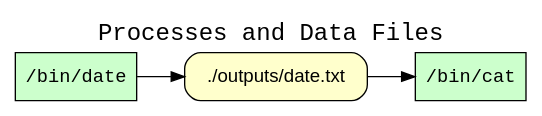
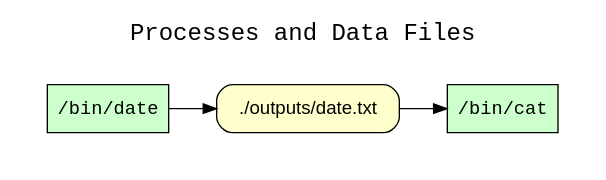
Before and after one commit to CIRSS/cpr: the diagram in examples/04-date-to-file/graphs/wt_processes_and_data_files.dot, drawn with Graphviz. The commit also changed 15 other files, not shown here.

Commit message:
Add padding to graph

```diff
--- a/examples/04-date-to-file/graphs/wt_processes_and_data_files.dot
+++ b/examples/04-date-to-file/graphs/wt_processes_and_data_files.dot
@@ -1,13 +1,16 @@
 
 digraph wt_run {
 rankdir=LR
 fontname=Courier; fontsize=18; labelloc=t
 label="Processes and Data Files"
+subgraph cluster_inputs { label=""; color=white; penwidth=0
+subgraph cluster_inputs_inner { label=""; color=white
 node[shape=box style="filled" fillcolor="#CCFFCC" peripheries=1 fontname=Courier]
 "exe:e3" [label="/bin/cat"]
 "exe:e2" [label="/bin/date"]
 node[shape=box style="rounded,filled" fillcolor="#FFFFCC" peripheries=1 fontname=Helvetica]
 "access:i10" [label="./outputs/date.txt"]
 "exe:e2" -> "access:i10"
 "access:i10" -> "exe:e3"
+}}
 }
```
